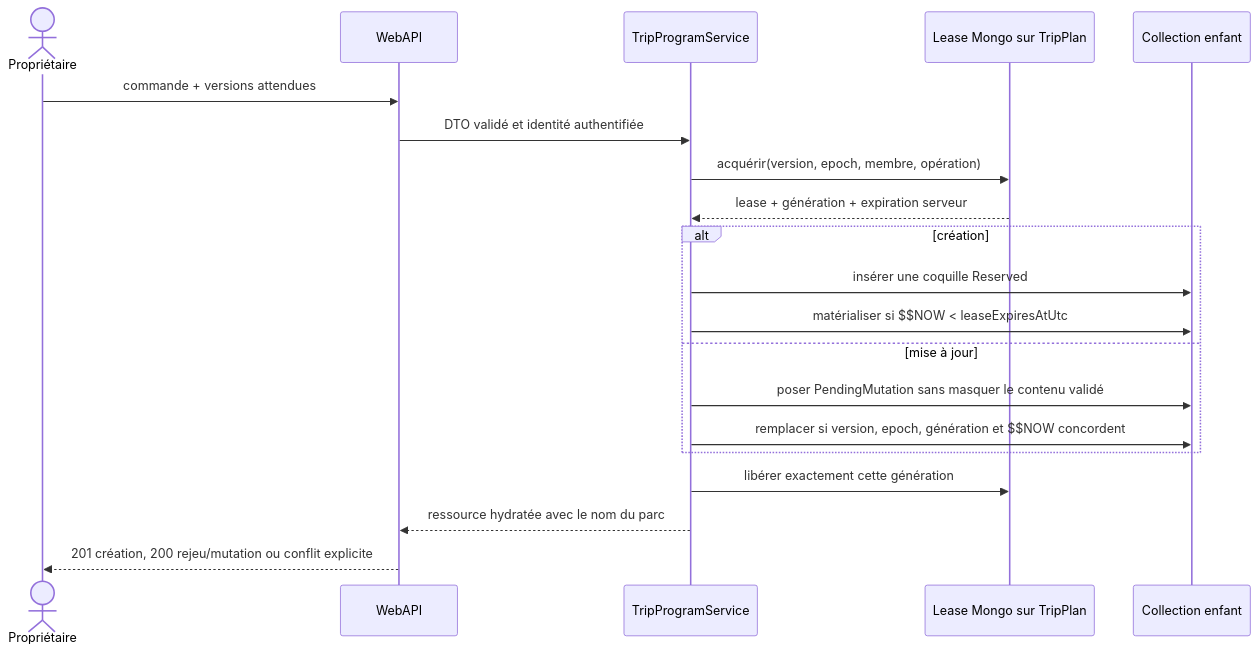
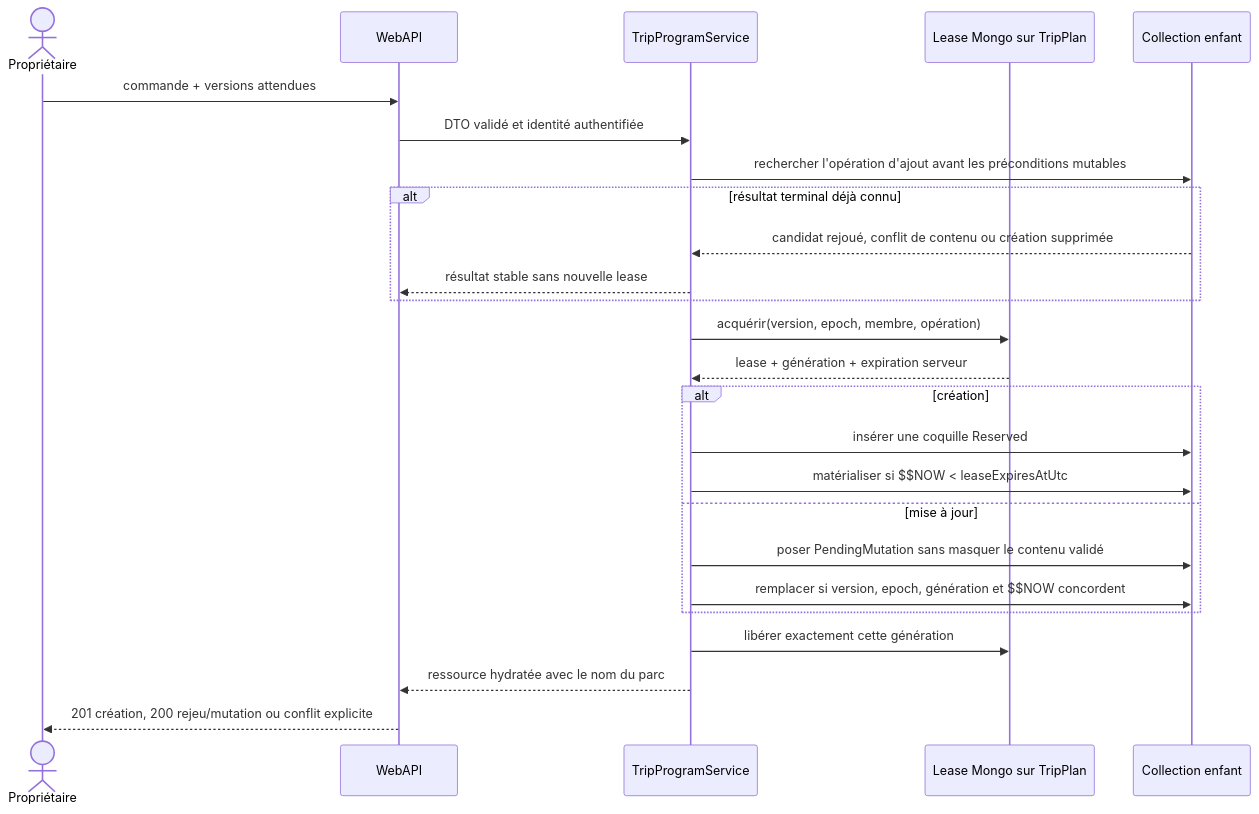
One commit to Ced59/AmusementParkProject changed the third of 4 diagrams in docs/architecture/product-growth-trip-03-candidates-days-2026-09-17.md. Above: the diagram before and after it, drawn with Mermaid. The commit also changed other lines of this file and 14 other files, not shown here.

````diff
--- a/docs/architecture/product-growth-trip-03-candidates-days-2026-09-17.md
+++ b/docs/architecture/product-growth-trip-03-candidates-days-2026-09-17.md
@@ -163,23 +167,28 @@
 ```mermaid
 sequenceDiagram
     actor U as Propriétaire
     participant A as WebAPI
     participant S as TripProgramService
     participant L as Lease Mongo sur TripPlan
     participant C as Collection enfant
 
     U->>A: commande + versions attendues
     A->>S: DTO validé et identité authentifiée
+    S->>C: rechercher l'opération d'ajout avant les préconditions mutables
+    alt résultat terminal déjà connu
+      C-->>S: candidat rejoué, conflit de contenu ou création supprimée
+      S-->>A: résultat stable sans nouvelle lease
+    end
     S->>L: acquérir(version, epoch, membre, opération)
     L-->>S: lease + génération + expiration serveur
     alt création
       S->>C: insérer une coquille Reserved
       S->>C: matérialiser si $$NOW < leaseExpiresAtUtc
     else mise à jour
       S->>C: poser PendingMutation sans masquer le contenu validé
       S->>C: remplacer si version, epoch, génération et $$NOW concordent
     end
     S->>L: libérer exactement cette génération
     S-->>A: ressource hydratée avec le nom du parc
     A-->>U: 201 création, 200 rejeu/mutation ou conflit explicite
 ```
````
